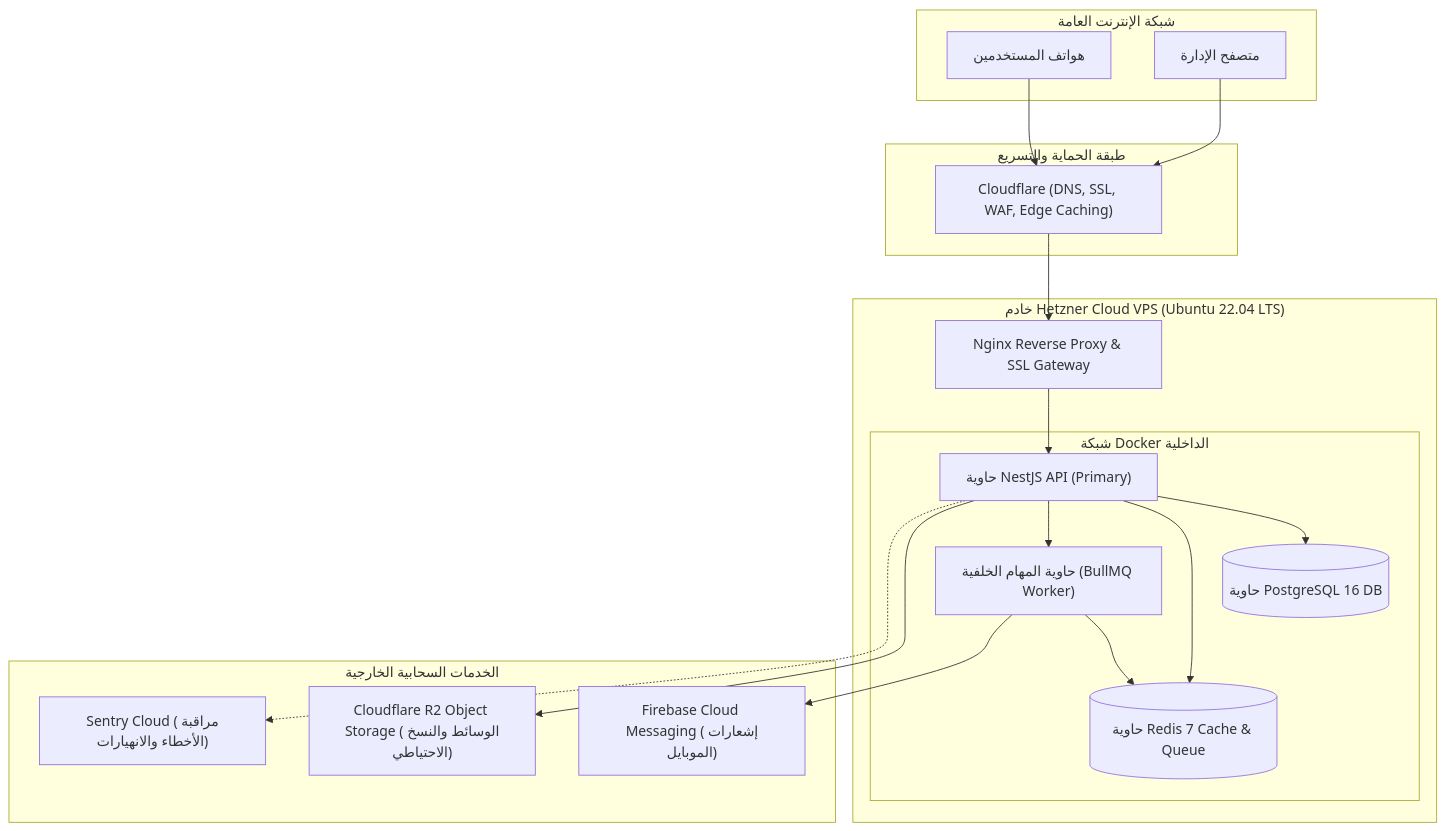
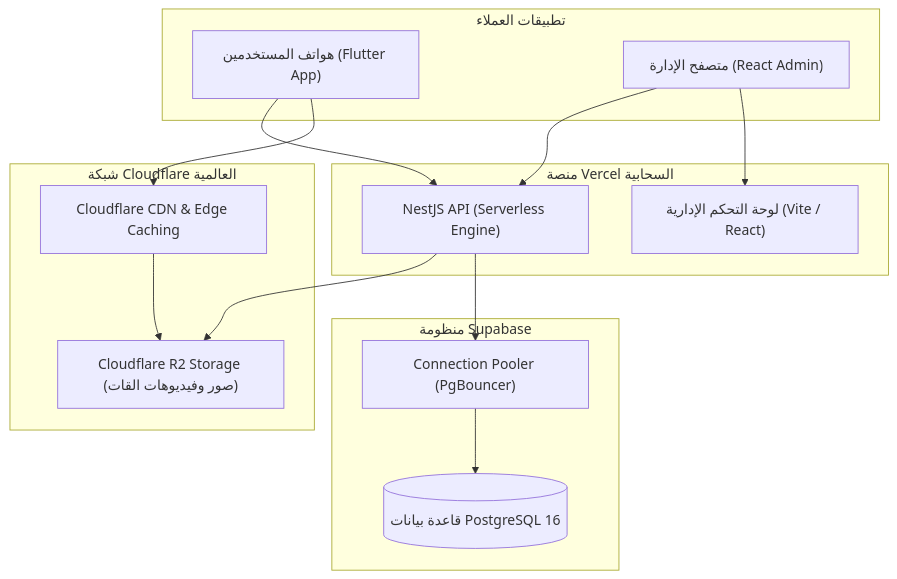
Before and after one commit to Emad20112/qatfa: the first of 2 diagrams in docs/16-deployment-plan.md, drawn with Mermaid. The commit also changed other lines of this file and 1 other file, not shown here.

Commit message:
docs: update deployment architecture and comprehensive system roadmap

````diff
--- a/docs/16-deployment-plan.md
+++ b/docs/16-deployment-plan.md
@@ -9,40 +13,31 @@
 ```mermaid
 graph TD
-    subgraph Internet["شبكة الإنترنت العامة"]
-        UserDevice["هواتف المستخدمين"]
-        AdminBrowser["متصفح الإدارة"]
+    subgraph Clients["تطبيقات العملاء"]
+        UserDevice["هواتف المستخدمين (Flutter App)"]
+        AdminBrowser["متصفح الإدارة (React Admin)"]
     end
 
-    subgraph EdgeLayer["طبقة الحماية والتسريع"]
-        CF["Cloudflare (DNS, SSL, WAF, Edge Caching)"]
+    subgraph EdgeLayer["شبكة Cloudflare العالمية"]
+        CFCDN["Cloudflare CDN & Edge Caching"]
+        R2["Cloudflare R2 Storage (صور وفيديوهات القات)"]
     end
 
-    subgraph HostServer["خادم Hetzner Cloud VPS (Ubuntu 22.04 LTS)"]
-        Nginx["Nginx Reverse Proxy & SSL Gateway"]
-        
-        subgraph DockerNetwork["شبكة Docker الداخلية"]
-            API1["حاوية NestJS API (Primary)"]
-            Worker["حاوية المهام الخلفية (BullMQ Worker)"]
-            PG[(حاوية PostgreSQL 16 DB)]
-            RD[(حاوية Redis 7 Cache & Queue)]
-        end
+    subgraph VercelEdge["منصة Vercel السحابية"]
+        VercelAPI["NestJS API (Serverless Engine)"]
+        VercelAdmin["لوحة التحكم الإدارية (Vite / React)"]
     end
 
-    subgraph ExternalCloud["الخدمات السحابية الخارجية"]
-        R2["Cloudflare R2 Object Storage (الوسائط والنسخ الاحتياطي)"]
-        FCM["Firebase Cloud Messaging (إشعارات الموبايل)"]
-        Sentry["Sentry Cloud (مراقبة الأخطاء والانهيارات)"]
+    subgraph SupabaseCloud["منظومة Supabase"]
+        SupaDB[(قاعدة بيانات PostgreSQL 16)]
+        SupaPooler["Connection Pooler (PgBouncer)"]
     end
 
-    UserDevice --> CF
-    AdminBrowser --> CF
-    CF --> Nginx
-    Nginx --> API1
-    API1 --> PG
-    API1 --> RD
-    API1 --> Worker
-    Worker --> RD
-    API1 --> R2
-    Worker --> FCM
-    API1 -.-> Sentry
+    UserDevice --> CFCDN
+    UserDevice --> VercelAPI
+    AdminBrowser --> VercelAdmin
+    AdminBrowser --> VercelAPI
+    VercelAPI --> SupaPooler
+    SupaPooler --> SupaDB
+    VercelAPI --> R2
+    CFCDN --> R2
 ```
````
